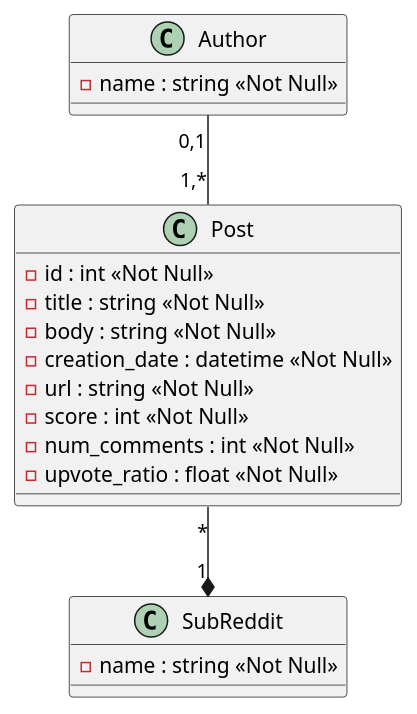
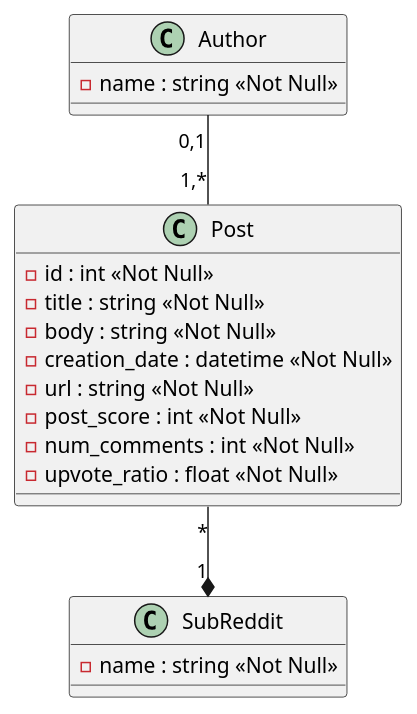
One commit to vasco-oliv/PRI_T08_G82 changed the diagram in Diagrams/uml.plantuml. Above: the diagram before and after it, drawn with PlantUML. The commit also changed 7 other files, not shown here.

```diff
--- a/Diagrams/uml.plantuml
+++ b/Diagrams/uml.plantuml
@@ -1,25 +1,25 @@
 @startuml UML
 
 class Author{
     - name : string <<Not Null>>
 }
 
 class Post{
     - id : int <<Not Null>>
     - title : string <<Not Null>>
     - body : string <<Not Null>>
     - creation_date : datetime <<Not Null>>
     - url : string <<Not Null>>
-    - score : int <<Not Null>>
+    - post_score : int <<Not Null>>
     - num_comments : int <<Not Null>>
     - upvote_ratio : float <<Not Null>>
 }
 
 class SubReddit{
     - name : string <<Not Null>>
 }
 
 Author "0,1" -- "1,*" Post
 Post "*" --* "1" SubReddit
 
 @enduml
```
